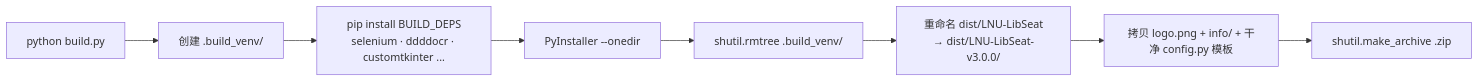
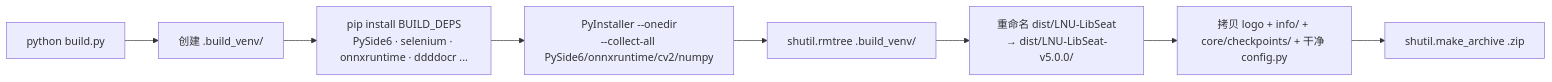
Before and after one commit to XUNRANA/LNU-LibSeat-Automation: the fourth of 4 diagrams in docs/ARCHITECTURE.md, drawn with Mermaid. The commit also changed other lines of this file and 64 other files, not shown here.

Commit message:
LNU-LibSeat v5.0.0

````diff
--- a/docs/ARCHITECTURE.md
+++ b/docs/ARCHITECTURE.md
@@ -270,10 +356,10 @@
 ```mermaid
 flowchart LR
     A[python build.py] --> B[创建 .build_venv/]
-    B --> C[pip install BUILD_DEPS<br/>selenium · ddddocr · customtkinter ...]
-    C --> D[PyInstaller --onedir]
+    B --> C[pip install BUILD_DEPS<br/>PySide6 · selenium · onnxruntime · ddddocr ...]
+    C --> D[PyInstaller --onedir<br/>--collect-all PySide6/onnxruntime/cv2/numpy]
     D --> E[shutil.rmtree .build_venv/]
-    E --> F[重命名 dist/LNU-LibSeat<br/>→ dist/LNU-LibSeat-v3.0.0/]
-    F --> G[拷贝 logo.png + info/ + 干净 config.py 模板]
+    E --> F[重命名 dist/LNU-LibSeat<br/>→ dist/LNU-LibSeat-v5.0.0/]
+    F --> G[拷贝 logo + info/ + core/checkpoints/ + 干净 config.py]
     G --> H[shutil.make_archive .zip]
 ```
````
